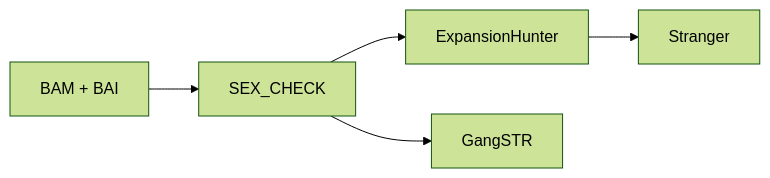
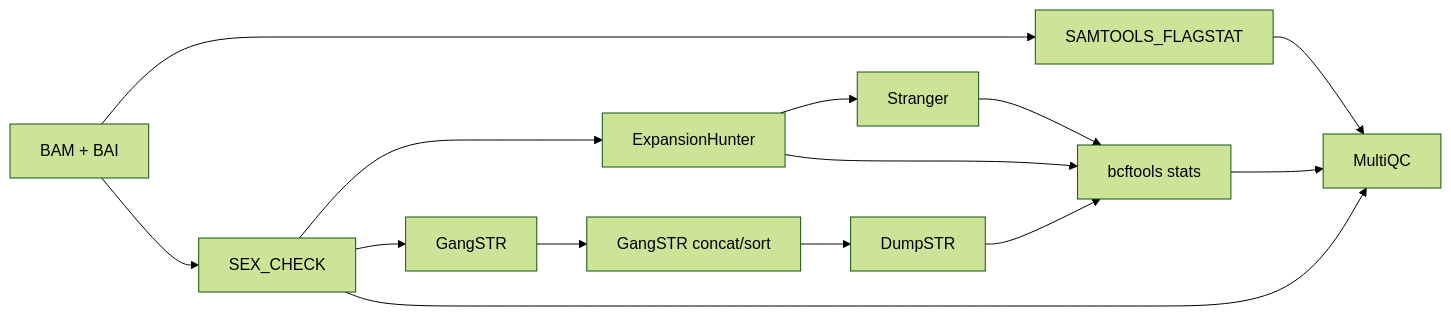
One commit to Sydney-Informatics-Hub/weird-little-features-nf changed the diagram in README.md. Above: the diagram before and after it, drawn with Mermaid (forest theme). The commit also changed other lines of this file and 30 other files, not shown here.

````diff
--- a/README.md
+++ b/README.md
@@ -13,7 +16,16 @@
 ```mermaid
 flowchart LR
-    A[BAM + BAI] --> B[SEX_CHECK]
+    A[BAM + BAI] --> F[SAMTOOLS_FLAGSTAT]
+    A --> B[SEX_CHECK]
     B --> C[ExpansionHunter]
     B --> D[GangSTR]
+    D --> D2[GangSTR concat/sort]
+    D2 --> G[DumpSTR]
     C --> E[Stranger]
+    C --> S[bcftools stats]
+    G --> S
+    E --> S
+    F --> M[MultiQC]
+    B --> M
+    S --> M
 ```
````
